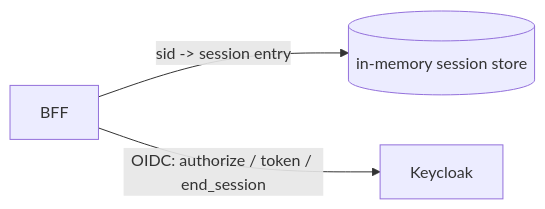
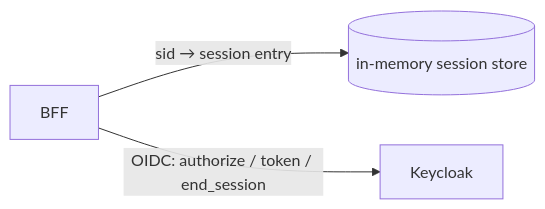
Before and after one commit to ddbj/db-portal: the first of 2 diagrams in docs/auth.md, drawn with Mermaid. The commit also changed other lines of this file and 59 other files, not shown here.

````diff
--- a/docs/auth.md
+++ b/docs/auth.md
@@ -9,5 +9,5 @@
 ```mermaid
 flowchart LR
-  BFF -- "sid -> session entry" --> Store[(in-memory session store)]
+  BFF -- "sid → session entry" --> Store[(in-memory session store)]
   BFF -- "OIDC: authorize / token / end_session" --> Keycloak
 ```
````
